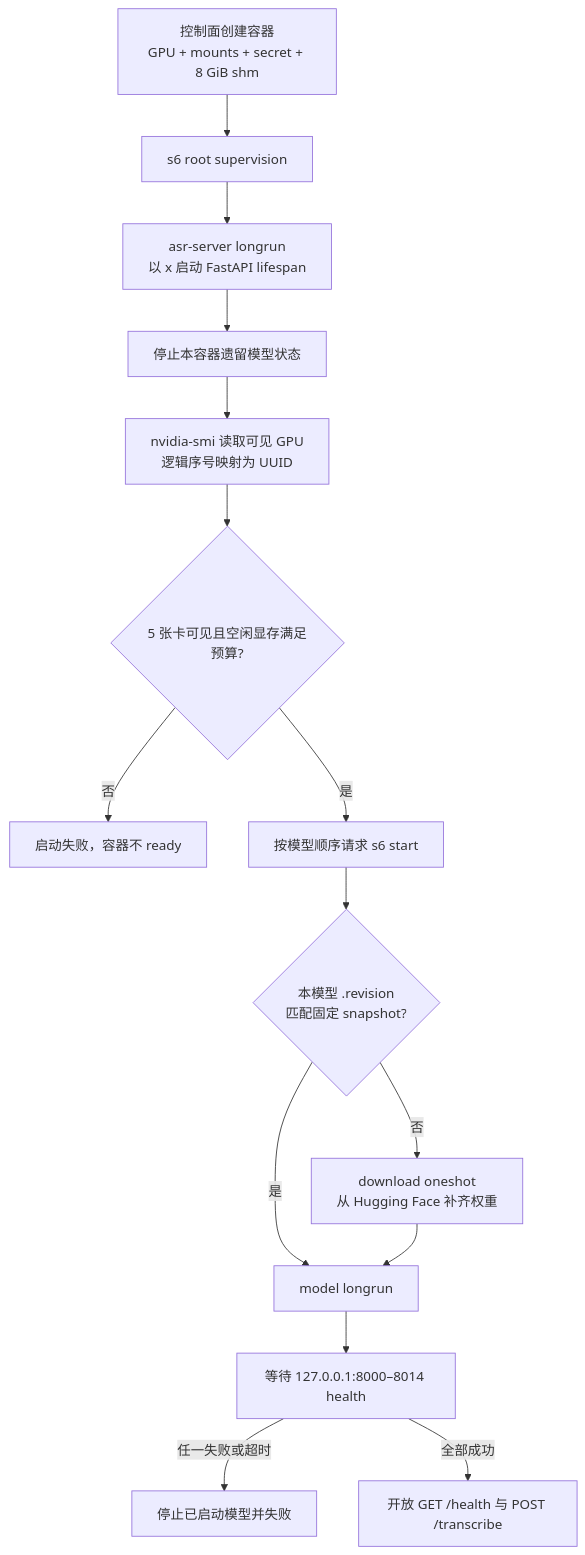
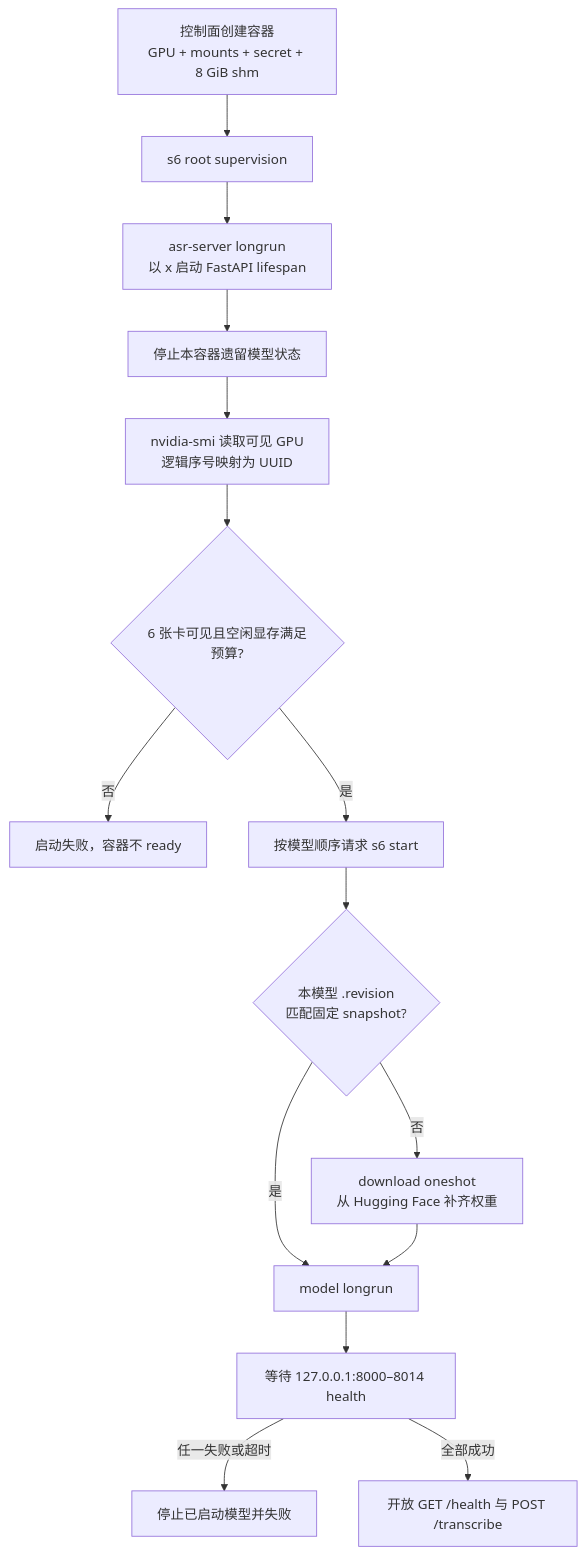
The second of 3 diagrams in platform/container/services/asr/DESIGN.md (curoky/codespace), drawn with Mermaid before and after one commit. The commit also changed other lines of this file and 103 other files, not shown here.

````diff
--- a/platform/container/services/asr/DESIGN.md
+++ b/platform/container/services/asr/DESIGN.md
@@ -27,17 +27,17 @@
 ```mermaid
 flowchart TD
     C[控制面创建容器<br/>GPU + mounts + secret + 8 GiB shm] --> S6[s6 root supervision]
     S6 --> Server[asr-server longrun<br/>以 x 启动 FastAPI lifespan]
     Server --> Reset[停止本容器遗留模型状态]
     Reset --> Inventory[nvidia-smi 读取可见 GPU<br/>逻辑序号映射为 UUID]
-    Inventory --> Guard{5 张卡可见且空闲显存满足预算?}
+    Inventory --> Guard{6 张卡可见且空闲显存满足预算?}
     Guard -->|否| Fail[启动失败，容器不 ready]
     Guard -->|是| Start[按模型顺序请求 s6 start]
     Start --> Download{本模型 .revision<br/>匹配固定 snapshot?}
     Download -->|否| HF[download oneshot<br/>从 Hugging Face 补齐权重]
     Download -->|是| Run[model longrun]
     HF --> Run
     Run --> Health[等待 127.0.0.1:8000–8014 health]
     Health -->|任一失败或超时| Cleanup[停止已启动模型并失败]
     Health -->|全部成功| Ready[开放 GET /health 与 POST /transcribe]
 ```
````
